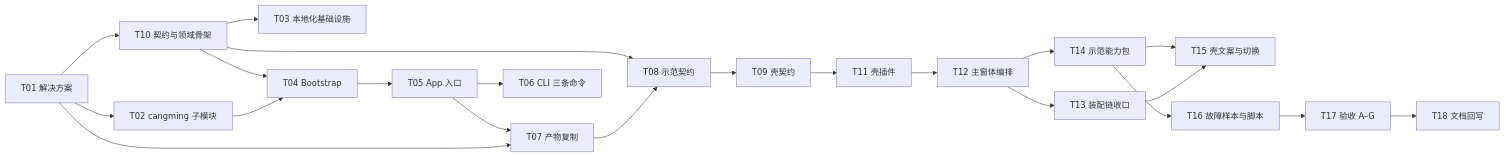
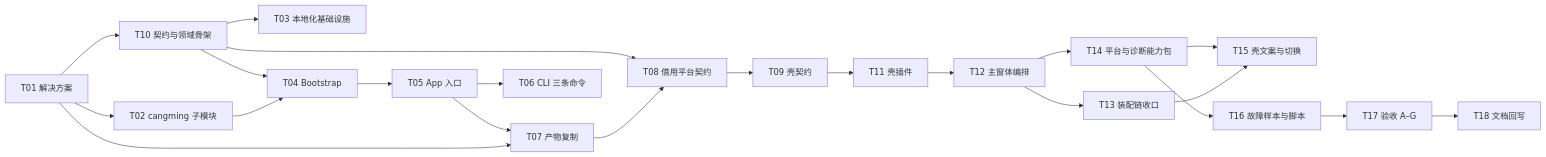
The diagram in docs/plans/lukan/PLAN-0001-M1-插件骨架实施.md (xknife-erian/ImageLyre), drawn with Mermaid before and after one commit. The commit also changed other lines of this file and 1 other file, not shown here.

````diff
--- a/docs/plans/lukan/PLAN-0001-M1-插件骨架实施.md
+++ b/docs/plans/lukan/PLAN-0001-M1-插件骨架实施.md
@@ -49,24 +50,24 @@
 ```mermaid
 flowchart LR
     T01["T01 解决方案"] --> T02["T02 cangming 子模块"]
     T01 --> T10["T10 契约与领域骨架"]
     T01 --> T07["T07 产物复制"]
     T10 --> T03["T03 本地化基础设施"]
     T02 --> T04["T04 Bootstrap"]
     T10 --> T04
     T04 --> T05["T05 App 入口"]
     T05 --> T06["T06 CLI 三条命令"]
     T05 --> T07
-    T07 --> T08["T08 示范契约"]
+    T07 --> T08["T08 借用平台契约"]
     T10 --> T08
     T08 --> T09["T09 壳契约"]
     T09 --> T11["T11 壳插件"]
     T11 --> T12["T12 主窗体编排"]
     T12 --> T13["T13 装配链收口"]
-    T12 --> T14["T14 示范能力包"]
+    T12 --> T14["T14 平台与诊断能力包"]
     T13 --> T15["T15 壳文案与切换"]
     T14 --> T15
     T14 --> T16["T16 故障样本与脚本"]
     T16 --> T17["T17 验收 A–G"]
     T17 --> T18["T18 文档回写"]
 ```
````
